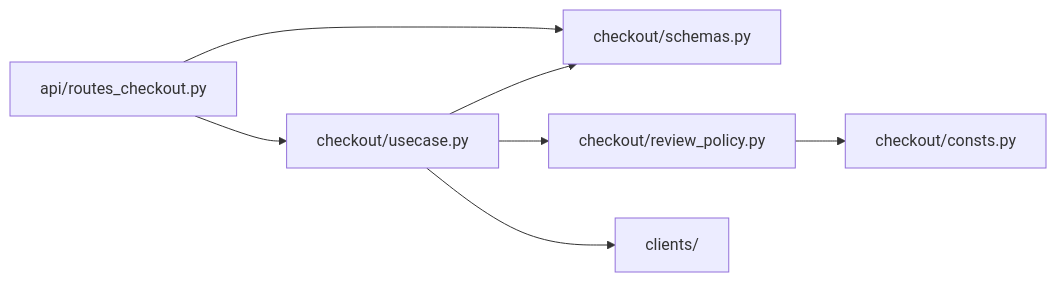
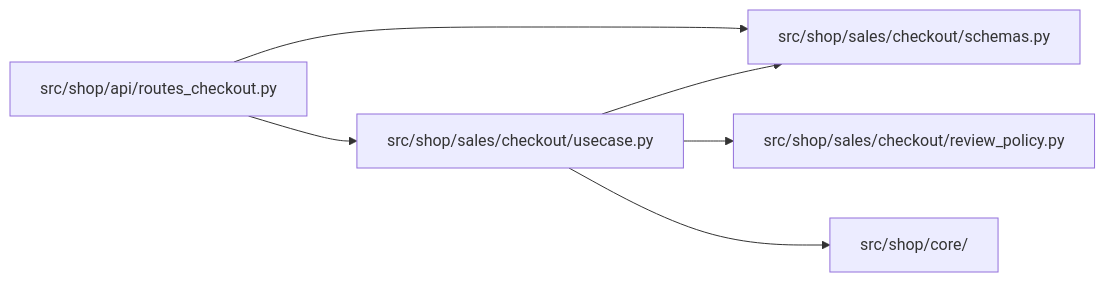
One commit to a6m1n/my-claude-best changed the diagram in docs/engineering/python/explicit-constraints-example.md. Above: the diagram before and after it, drawn with Mermaid. The commit also changed other lines of this file and 6 other files, not shown here.

````diff
--- a/docs/engineering/python/explicit-constraints-example.md
+++ b/docs/engineering/python/explicit-constraints-example.md
@@ -130,9 +138,8 @@
 ```mermaid
 flowchart LR
-  A[api/routes_checkout.py] --> U[checkout/usecase.py]
-  A --> S[checkout/schemas.py]
+  A[src/shop/api/routes_checkout.py] --> U[src/shop/sales/checkout/usecase.py]
+  A --> S[src/shop/sales/checkout/schemas.py]
   U --> S
-  U --> R[checkout/review_policy.py]
-  R --> K[checkout/consts.py]
-  U --> C[clients/]
+  U --> R[src/shop/sales/checkout/review_policy.py]
+  U --> C[src/shop/core/]
 ```
````
